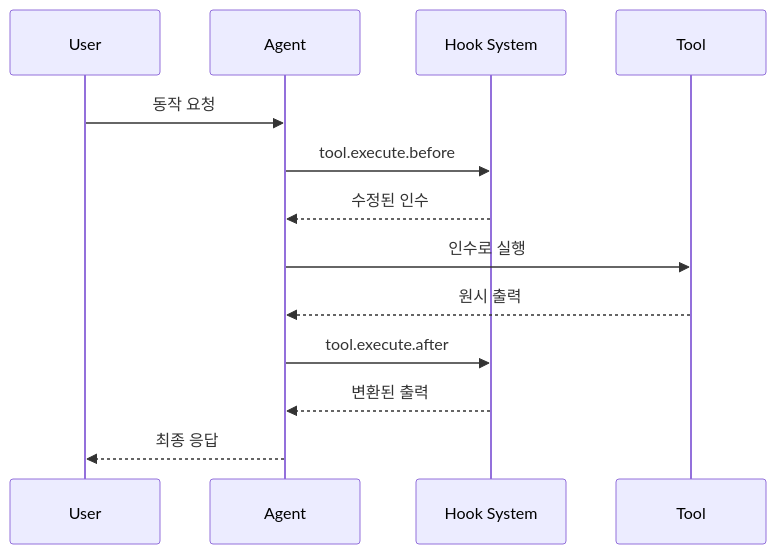
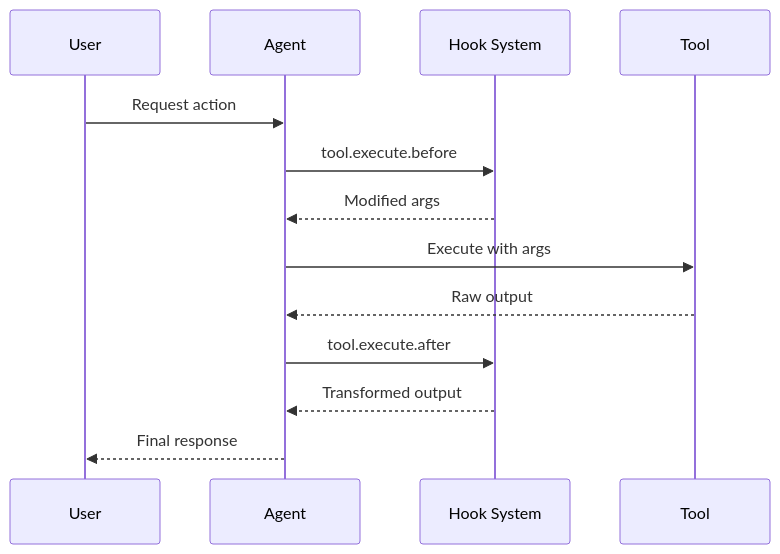
Before and after one commit to CyberStrikeus/CyberStrike: the diagram in packages/docs/src/docs/data/docs/ko/configuration/hooks.mdx, drawn with Mermaid. The commit also changed other lines of this file and 108 other files, not shown here.

````diff
--- a/packages/docs/src/docs/data/docs/ko/configuration/hooks.mdx
+++ b/packages/docs/src/docs/data/docs/ko/configuration/hooks.mdx
@@ -43,16 +35,16 @@
 ```mermaid
 sequenceDiagram
     participant User
     participant Agent
     participant Hook System
     participant Tool
 
-    User->>Agent: 동작 요청
+    User->>Agent: Request action
     Agent->>Hook System: tool.execute.before
-    Hook System-->>Agent: 수정된 인수
-    Agent->>Tool: 인수로 실행
-    Tool-->>Agent: 원시 출력
+    Hook System-->>Agent: Modified args
+    Agent->>Tool: Execute with args
+    Tool-->>Agent: Raw output
     Agent->>Hook System: tool.execute.after
-    Hook System-->>Agent: 변환된 출력
-    Agent-->>User: 최종 응답
+    Hook System-->>Agent: Transformed output
+    Agent-->>User: Final response
 ```
````
